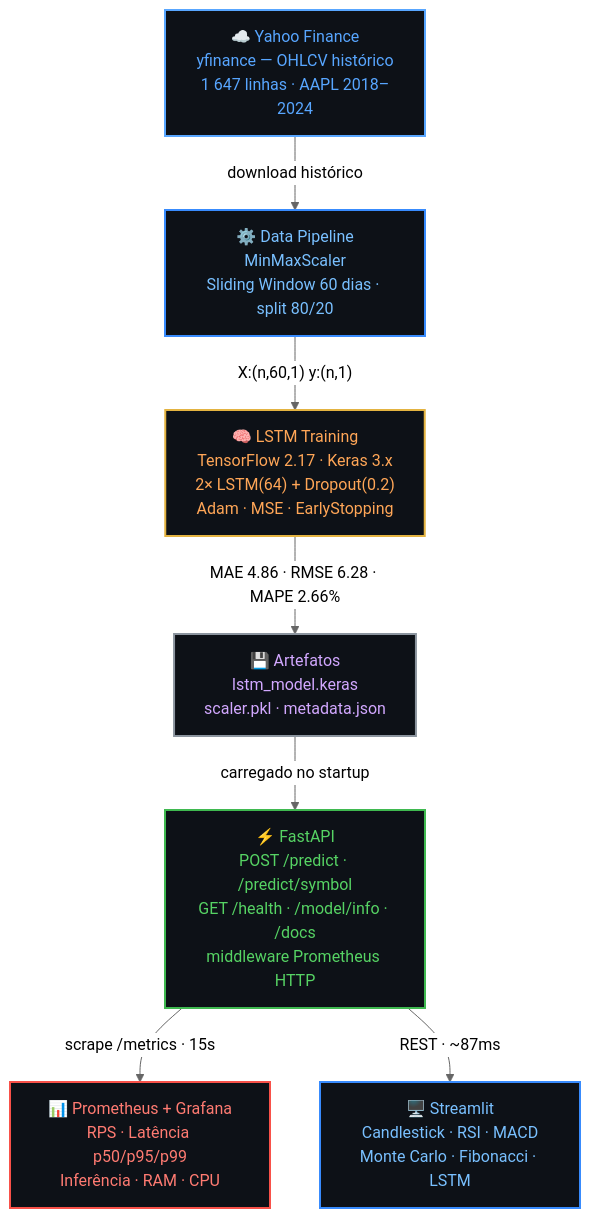
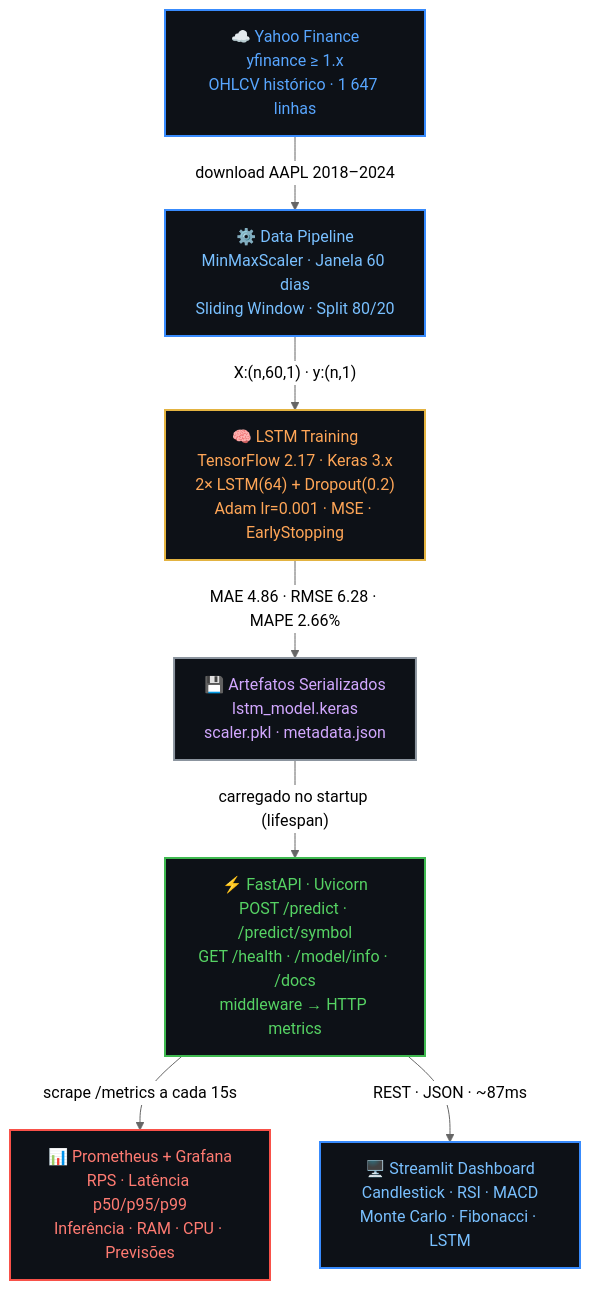
Before and after one commit to dionebraga/Pos_Tech_MLET-Fase-4: the first of 5 diagrams in README.md, drawn with Mermaid (neutral theme). The commit also changed other lines of this file, not shown here.

First line of the commit message:
README: further UI/UX improvements — sequence diagram, xychart, highlights, tests

````diff
--- a/README.md
+++ b/README.md
@@ -185,25 +227,25 @@
 ```mermaid
 flowchart TD
-    YF["☁️ Yahoo Finance\nyfinance — OHLCV histórico\n1 647 linhas · AAPL 2018–2024"]
-    DP["⚙️ Data Pipeline\nMinMaxScaler\nSliding Window 60 dias · split 80/20"]
-    TR["🧠 LSTM Training\nTensorFlow 2.17 · Keras 3.x\n2× LSTM(64) + Dropout(0.2)\nAdam · MSE · EarlyStopping"]
-    ART["💾 Artefatos\nlstm_model.keras\nscaler.pkl · metadata.json"]
-    API["⚡ FastAPI\nPOST /predict · /predict/symbol\nGET /health · /model/info · /docs\nmiddleware Prometheus HTTP"]
-    PROM["📊 Prometheus + Grafana\nRPS · Latência p50/p95/p99\nInferência · RAM · CPU"]
-    DASH["🖥️ Streamlit\nCandlestick · RSI · MACD\nMonte Carlo · Fibonacci · LSTM"]
+    YF["☁️ Yahoo Finance\nyfinance ≥ 1.x\nOHLCV histórico · 1 647 linhas"]
+    DP["⚙️ Data Pipeline\nMinMaxScaler · Janela 60 dias\nSliding Window · Split 80/20"]
+    TR["🧠 LSTM Training\nTensorFlow 2.17 · Keras 3.x\n2× LSTM(64) + Dropout(0.2)\nAdam lr=0.001 · MSE · EarlyStopping"]
+    ART["💾 Artefatos Serializados\nlstm_model.keras\nscaler.pkl · metadata.json"]
+    API["⚡ FastAPI · Uvicorn\nPOST /predict · /predict/symbol\nGET /health · /model/info · /docs\nmiddleware → HTTP metrics"]
+    PROM["📊 Prometheus + Grafana\nRPS · Latência p50/p95/p99\nInferência · RAM · CPU · Previsões"]
+    DASH["🖥️ Streamlit Dashboard\nCandlestick · RSI · MACD\nMonte Carlo · Fibonacci · LSTM"]
 
-    YF -->|"download histórico"| DP
-    DP -->|"X:(n,60,1)  y:(n,1)"| TR
+    YF -->|"download AAPL 2018–2024"| DP
+    DP -->|"X:(n,60,1) · y:(n,1)"| TR
     TR -->|"MAE 4.86 · RMSE 6.28 · MAPE 2.66%"| ART
-    ART -->|"carregado no startup"| API
-    API -->|"scrape /metrics · 15s"| PROM
-    API -->|"REST · ~87ms"| DASH
+    ART -->|"carregado no startup (lifespan)"| API
+    API -->|"scrape /metrics a cada 15s"| PROM
+    API -->|"REST · JSON · ~87ms"| DASH
 
-    style YF  fill:#0d1117,color:#58a6ff,stroke:#58a6ff,stroke-width:2px
-    style DP  fill:#0d1117,color:#79c0ff,stroke:#388bfd,stroke-width:2px
-    style TR  fill:#0d1117,color:#ffa657,stroke:#e3b341,stroke-width:2px
-    style ART fill:#0d1117,color:#d2a8ff,stroke:#8b949e,stroke-width:2px
-    style API fill:#0d1117,color:#56d364,stroke:#3fb950,stroke-width:2px
+    style YF   fill:#0d1117,color:#58a6ff,stroke:#388bfd,stroke-width:2px
+    style DP   fill:#0d1117,color:#79c0ff,stroke:#388bfd,stroke-width:2px
+    style TR   fill:#0d1117,color:#ffa657,stroke:#e3b341,stroke-width:2px
+    style ART  fill:#0d1117,color:#d2a8ff,stroke:#8b949e,stroke-width:2px
+    style API  fill:#0d1117,color:#56d364,stroke:#3fb950,stroke-width:2px
     style PROM fill:#0d1117,color:#ff7b72,stroke:#f85149,stroke-width:2px
     style DASH fill:#0d1117,color:#79c0ff,stroke:#388bfd,stroke-width:2px
 ```
````
